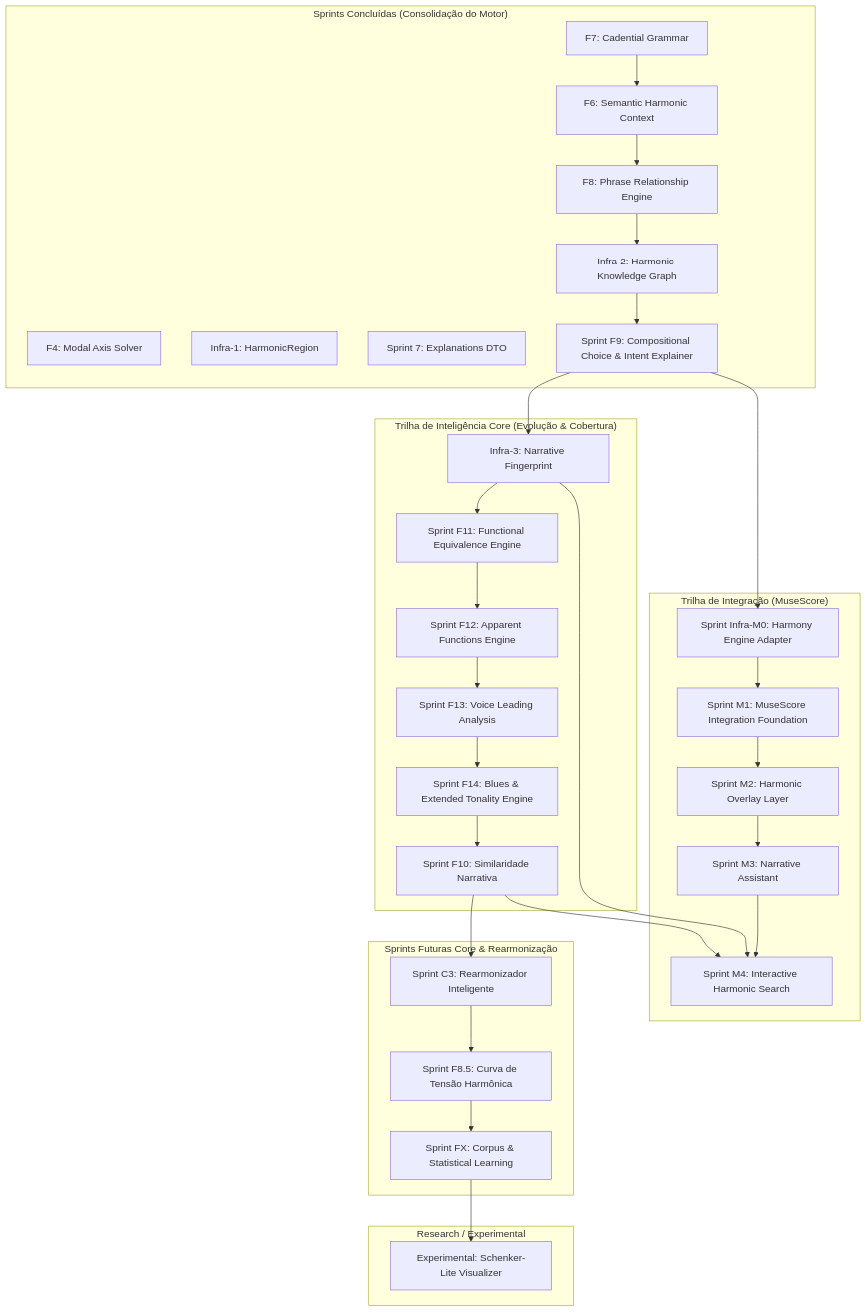
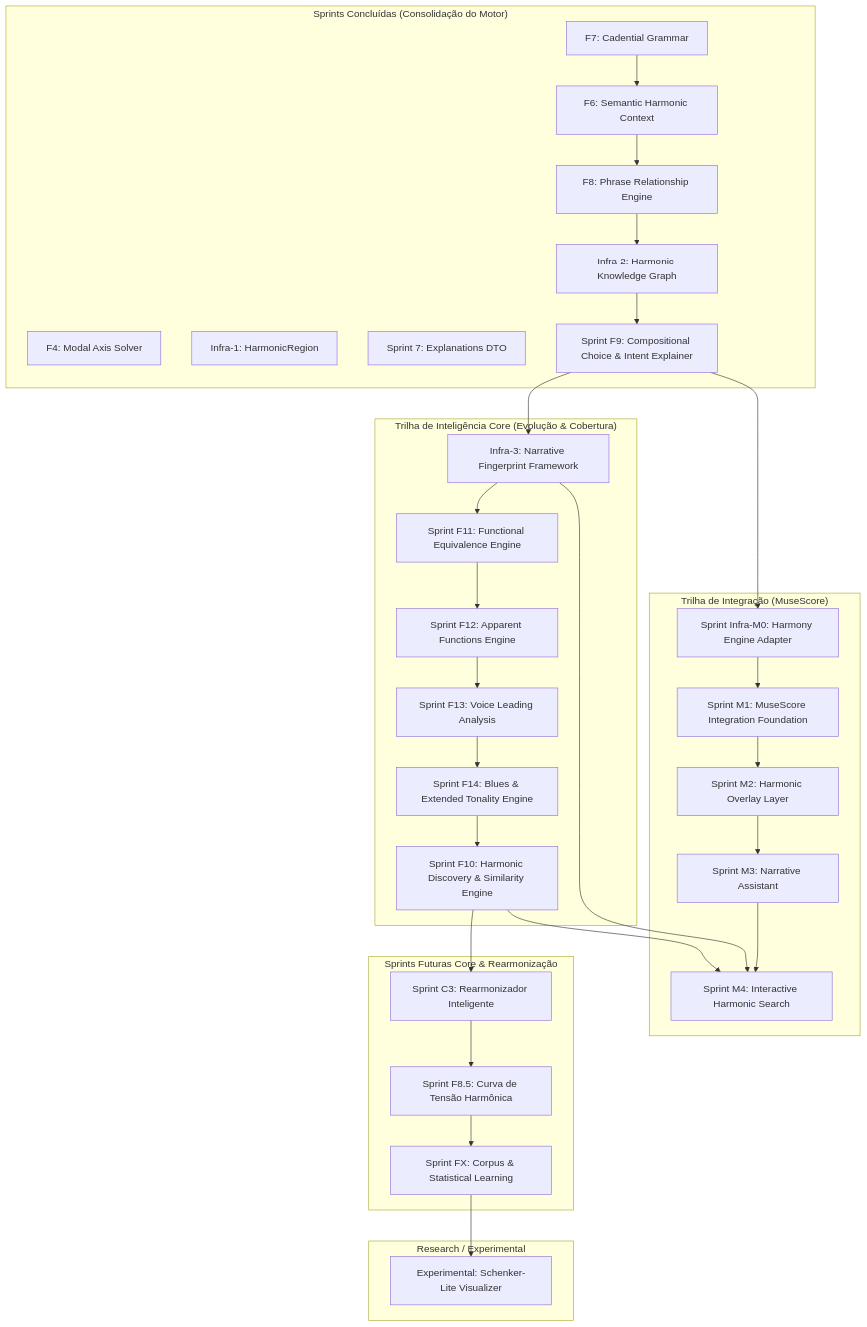
One commit to gustavoesteves/FindChord changed the diagram in sprints/future_sprints.md. Above: the diagram before and after it, drawn with Mermaid. The commit also changed other lines of this file, not shown here.

Commit message:
Rename to Narrative Fingerprint Framework and Harmonic Discovery Engine, add generateFingerprint options

````diff
--- a/sprints/future_sprints.md
+++ b/sprints/future_sprints.md
@@ -36,67 +36,68 @@
 ```mermaid
 graph TD
     subgraph "Sprints Concluídas (Consolidação do Motor)"
         C4["F4: Modal Axis Solver"]
         CI1["Infra-1: HarmonicRegion"]
         CS7["Sprint 7: Explanations DTO"]
         CF7["F7: Cadential Grammar"]
         F6["F6: Semantic Harmonic Context"]
         F8["F8: Phrase Relationship Engine"]
         I2["Infra-2: Harmonic Knowledge Graph"]
         F9["Sprint F9: Compositional Choice & Intent Explainer"]
     end
 
     subgraph "Trilha de Inteligência Core (Evolução & Cobertura)"
-        I3["Infra-3: Narrative Fingerprint"]
+        I3["Infra-3: Narrative Fingerprint Framework"]
         F11["Sprint F11: Functional Equivalence Engine"]
         F12["Sprint F12: Apparent Functions Engine"]
         F13["Sprint F13: Voice Leading Analysis"]
         F14["Sprint F14: Blues & Extended Tonality Engine"]
-        F10["Sprint F10: Similaridade Narrativa"]
+        F10["Sprint F10: Harmonic Discovery & Similarity Engine"]
     end
+
 
     subgraph "Trilha de Integração (MuseScore)"
         IM0["Sprint Infra-M0: Harmony Engine Adapter"]
         M1["Sprint M1: MuseScore Integration Foundation"]
         M2["Sprint M2: Harmonic Overlay Layer"]
         M3["Sprint M3: Narrative Assistant"]
         M4["Sprint M4: Interactive Harmonic Search"]
     end
     
     subgraph "Sprints Futuras Core & Rearmonização"
         C3["Sprint C3: Rearmonizador Inteligente"]
         F8T["Sprint F8.5: Curva de Tensão Harmônica"]
         FX["Sprint FX: Corpus & Statistical Learning"]
     end
 
     subgraph "Research / Experimental"
         C1["Experimental: Schenker-Lite Visualizer"]
     end
 
     CF7 --> F6
     F6 --> F8
     F8 --> I2
     I2 --> F9
     F9 --> I3
     
     I3 --> F11
     F11 --> F12
     F12 --> F13
     F13 --> F14
     F14 --> F10
     F10 --> C3
     
     C3 --> F8T
     F8T --> FX
     FX --> C1
     
     F9 --> IM0
     IM0 --> M1
     M1 --> M2
     M2 --> M3
     M3 --> M4
     I3 --> M4
     F10 --> M4
 
 
 ```
````
